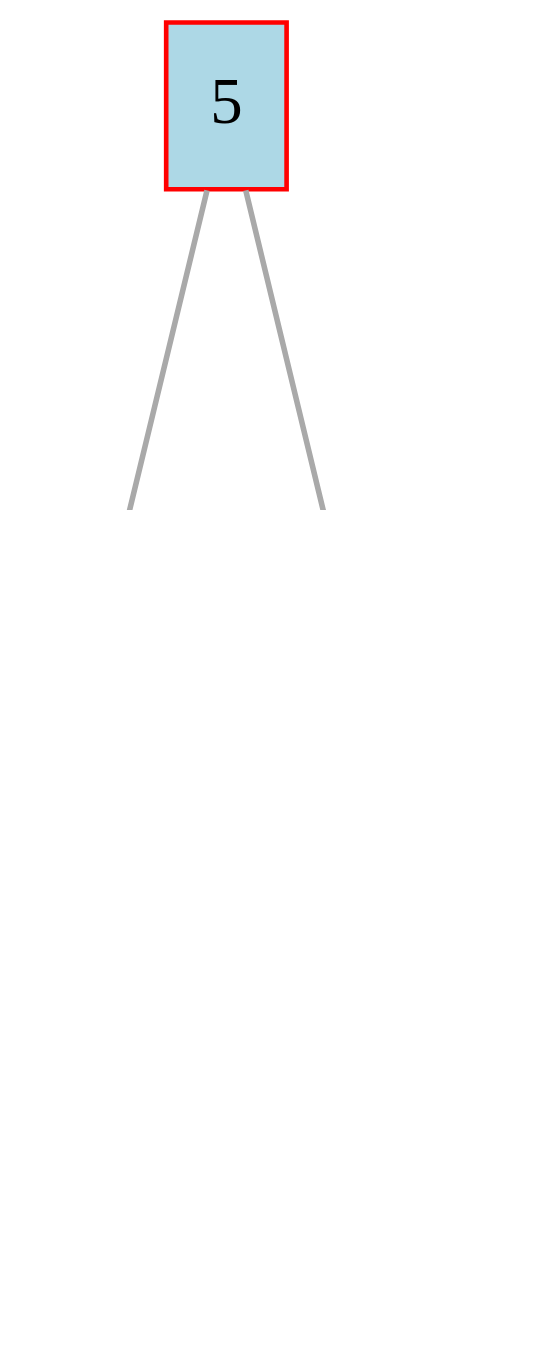
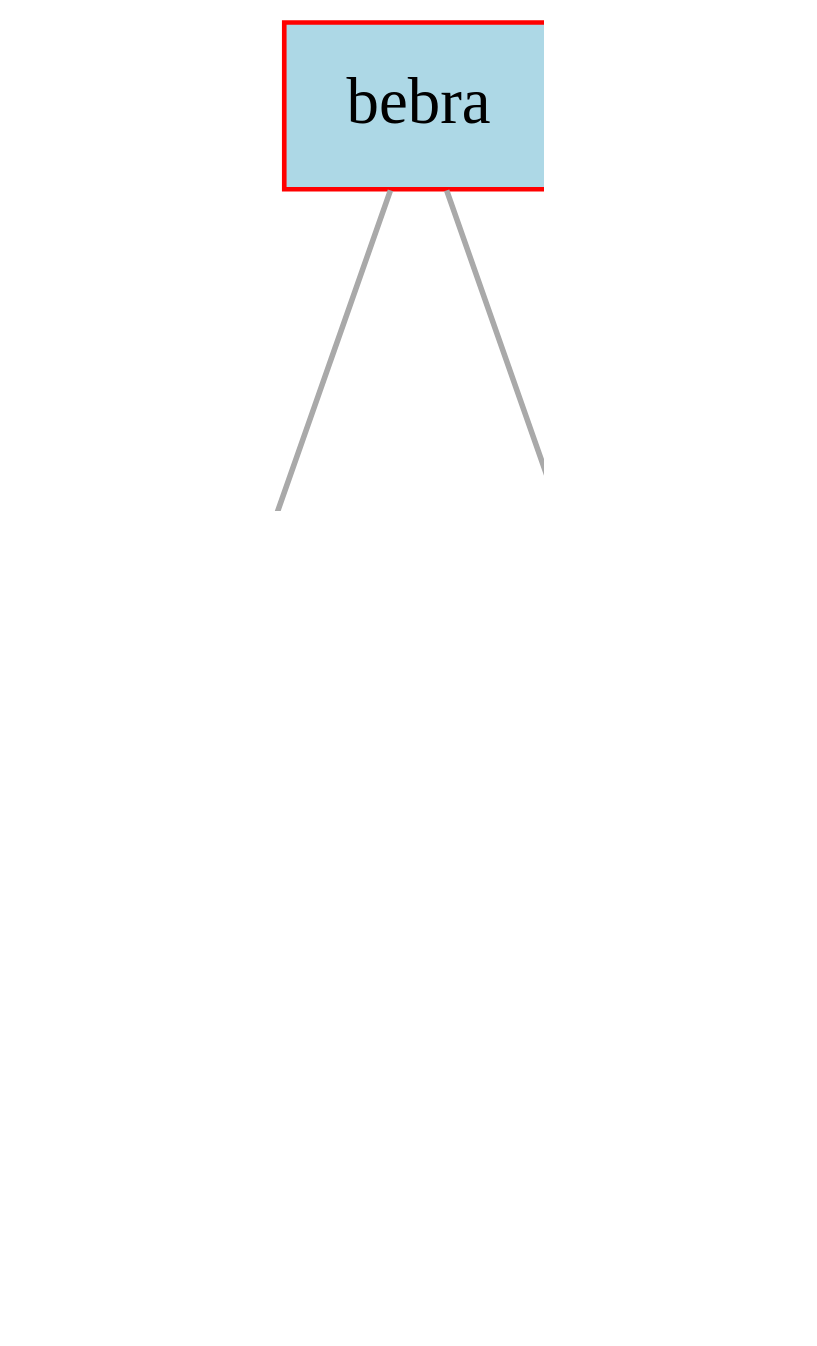
The diagram in data/graph.dot (dodokek/Tree-Structure-Akinator), drawn with Graphviz before and after one commit. The commit also changed 4 other files, not shown here.

```diff
--- a/data/graph.dot
+++ b/data/graph.dot
@@ -1,25 +1,25 @@
 
     digraph g {
         dpi      = 200;
         fontname = "Comic Sans MS";
         fontsize = 20;
         rankdir   =  TB;
         edge [color = darkgrey, arrowhead = onormal, arrowsize = 1, penwidth = 1.2]
         graph[fillcolor = lightgreen, ranksep = 1.3, nodesep = 0.5,
         style = "rounded, filled",color = green, penwidth = 2]
 
-    Node00000000001624b0[shape=rectangle, color="red", width=0.2, style="filled",fillcolor="lightblue", label="5"] 
+    Node00000000007624b0[shape=rectangle, color="red", width=0.2, style="filled",fillcolor="lightblue", label="bebra"] 
  
-Node0000000000162510[shape=rectangle, color="red", width=0.2, style="filled",fillcolor="lightblue", label="2"] 
+Node0000000000762510[shape=rectangle, color="red", width=0.2, style="filled",fillcolor="lightblue", label="amongus"] 
  
-Node0000000000162570[shape=rectangle, color="red", width=0.2, style="filled",fillcolor="lightblue", label="8"] 
+Node0000000000762570[shape=rectangle, color="red", width=0.2, style="filled",fillcolor="lightblue", label="8"] 
  
-Node0000000000162630[shape=rectangle, color="red", width=0.2, style="filled",fillcolor="lightblue", label="6"] 
+Node00000000007625d0[shape=rectangle, color="red", width=0.2, style="filled",fillcolor="lightblue", label="6"] 
  
-Node00000000001625d0[shape=rectangle, color="red", width=0.2, style="filled",fillcolor="lightblue", label="10"] 
+Node0000000000762630[shape=rectangle, color="red", width=0.2, style="filled",fillcolor="lightblue", label="10"] 
  
-Node00000000001624b0->Node0000000000162510
-Node00000000001624b0->Node0000000000162570
-Node0000000000162570->Node0000000000162630
-Node0000000000162570->Node00000000001625d0
+Node00000000007624b0->Node0000000000762510
+Node00000000007624b0->Node0000000000762570
+Node0000000000762570->Node00000000007625d0
+Node0000000000762570->Node0000000000762630
 }
```
